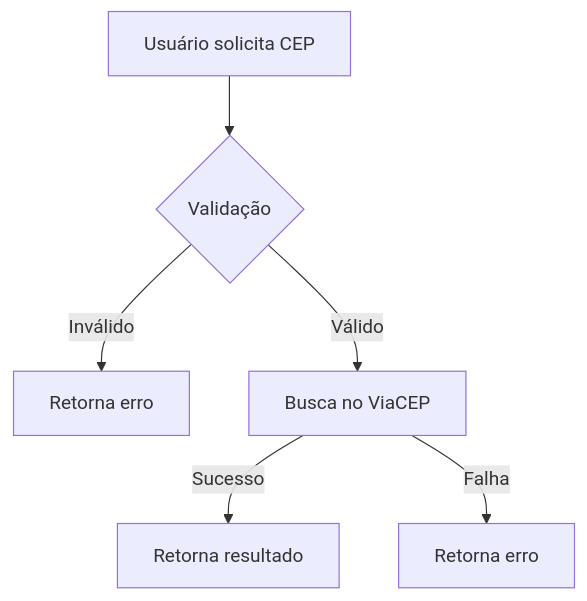
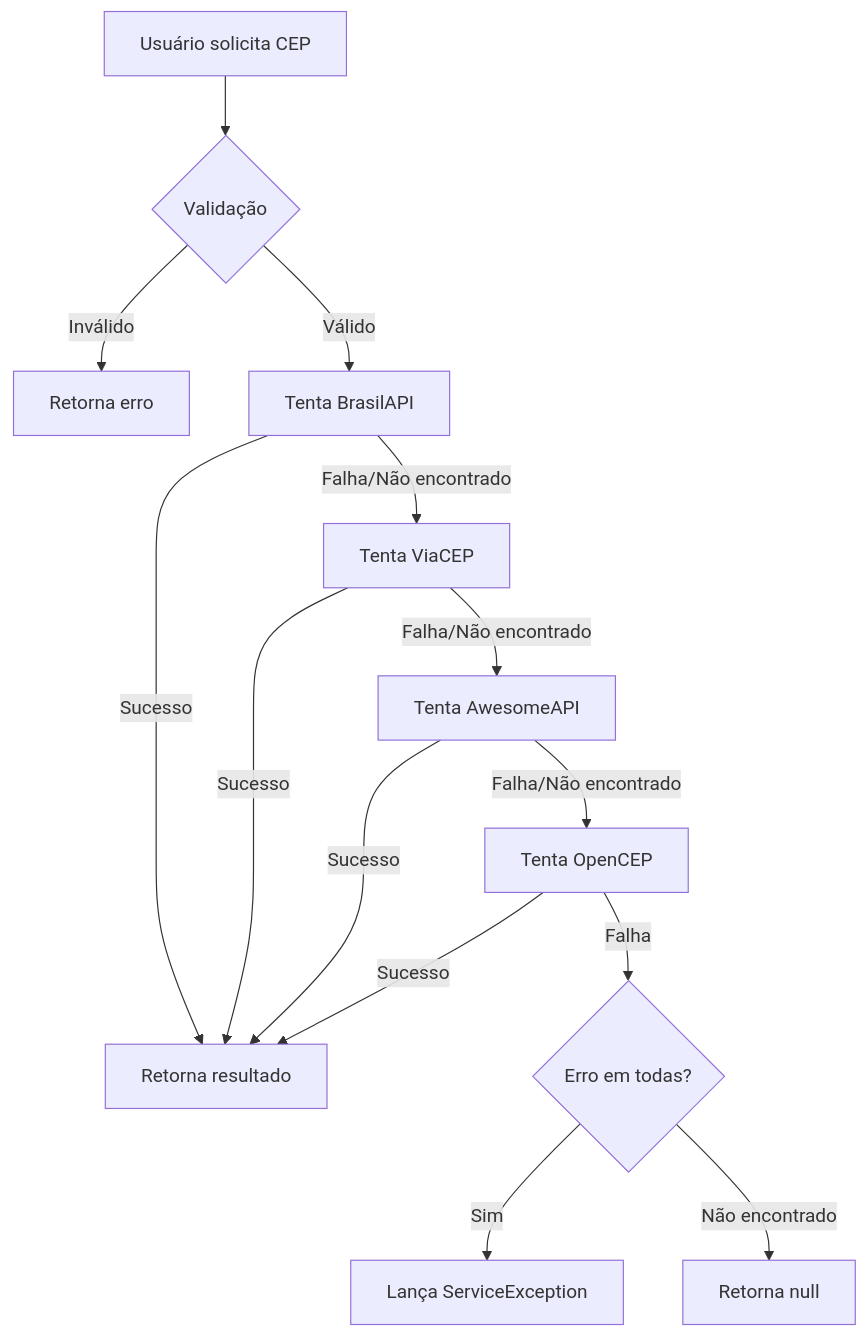
Before and after one commit to rodabarbosa/Sirb.CepBrasil: the diagram in README.md, drawn with Mermaid. The commit also changed other lines of this file and 58 other files, not shown here.

````diff
--- a/README.md
+++ b/README.md
@@ -130,8 +132,16 @@
 ```mermaid
 graph TD
     A[Usuário solicita CEP] --> B{Validação}
     B -->|Inválido| C[Retorna erro]
-    B -->|Válido| D[Busca no ViaCEP]
+    B -->|Válido| D[Tenta BrasilAPI]
     D -->|Sucesso| E[Retorna resultado]
-    D -->|Falha| F[Retorna erro]
+    D -->|Falha/Não encontrado| F[Tenta ViaCEP]
+    F -->|Sucesso| E
+    F -->|Falha/Não encontrado| G[Tenta AwesomeAPI]
+    G -->|Sucesso| E
+    G -->|Falha/Não encontrado| H[Tenta OpenCEP]
+    H -->|Sucesso| E
+    H -->|Falha| I{Erro em todas?}
+    I -->|Sim| J[Lança ServiceException]
+    I -->|Não encontrado| K[Retorna null]
 ```
````
